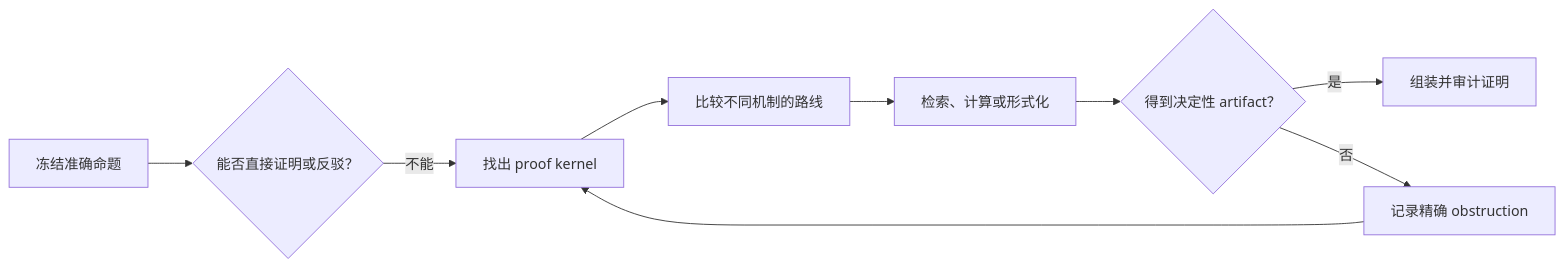
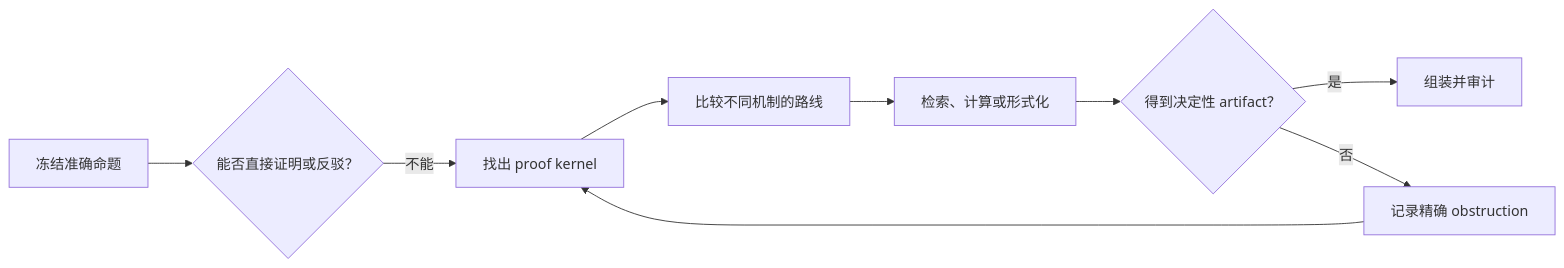
The second of 2 diagrams in README.md (jmf-enigma/codex-theory-proof-workbench), drawn with Mermaid before and after one commit. The commit also changed other lines of this file and 12 other files, not shown here.

````diff
--- a/README.md
+++ b/README.md
@@ -225,11 +203,11 @@
 ```mermaid
 flowchart LR
     A["冻结准确命题"] --> B{"能否直接证明或反驳？"}
     B -->|不能| C["找出 proof kernel"]
     C --> D["比较不同机制的路线"]
     D --> E["检索、计算或形式化"]
     E --> F{"得到决定性 artifact？"}
-    F -->|是| G["组装并审计证明"]
+    F -->|是| G["组装并审计"]
     F -->|否| H["记录精确 obstruction"]
     H --> C
 ```
````
